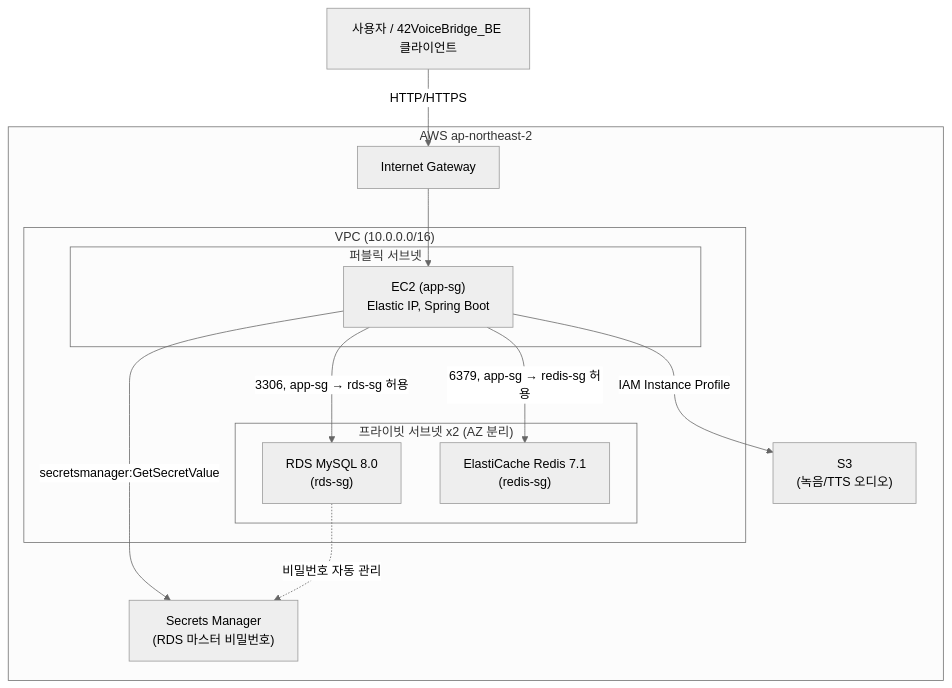
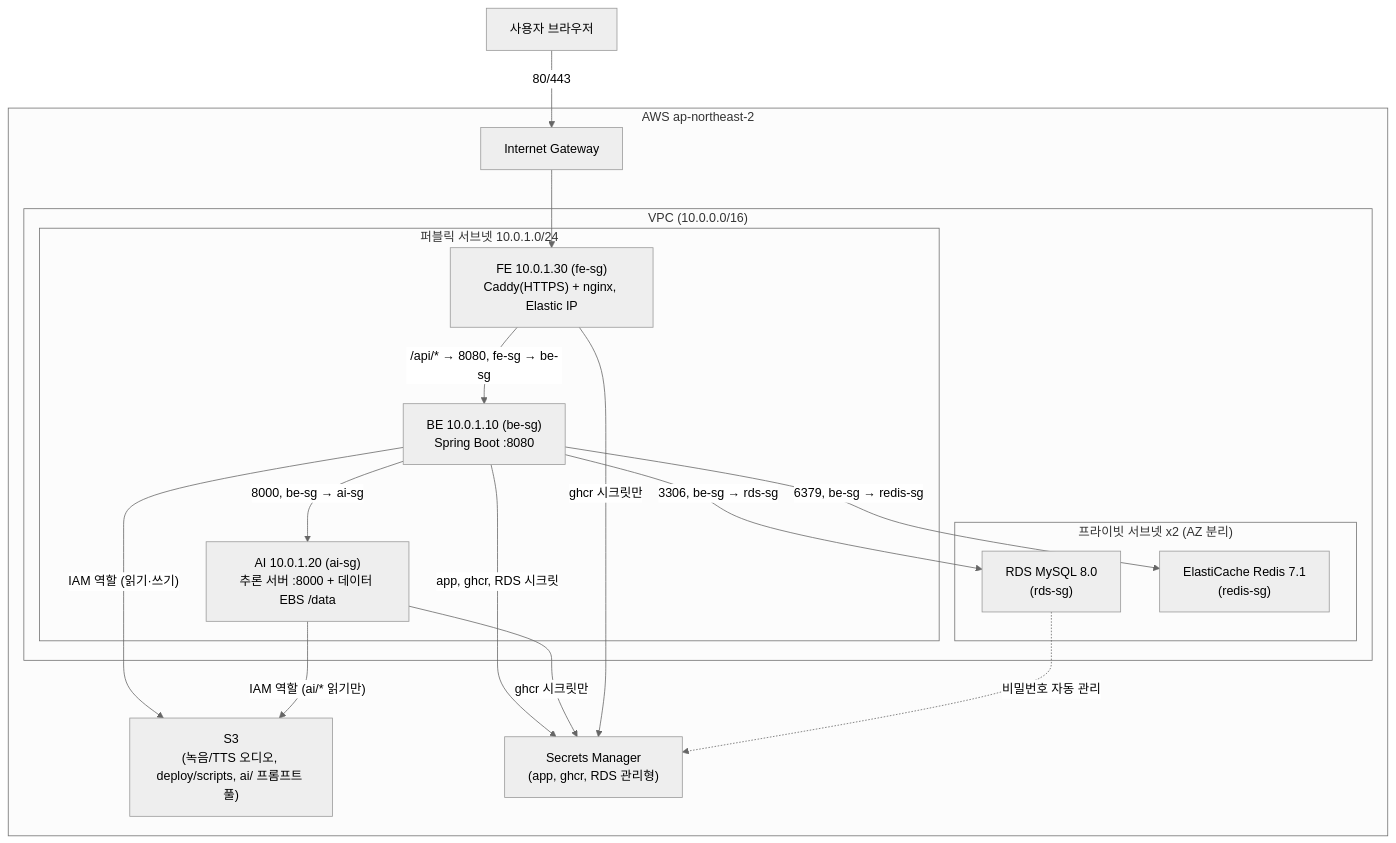
The first of 2 diagrams in README.md (42VoiceBridge/42VoiceBridge_Infra), drawn with Mermaid (neutral theme) before and after one commit. The commit also changed other lines of this file and 19 other files, not shown here.

First line of the commit message:
Document the three-instance setup, verification, data protection and follow-ups

````diff
--- a/README.md
+++ b/README.md
@@ -23,29 +26,36 @@
 ```mermaid
 graph TB
-    USER["사용자 / 42VoiceBridge_BE 클라이언트"]
+    USER["사용자 브라우저"]
 
     subgraph AWS["AWS ap-northeast-2"]
         IGW["Internet Gateway"]
 
         subgraph VPC["VPC (10.0.0.0/16)"]
-            subgraph PUB["퍼블릭 서브넷"]
-                EC2["EC2 (app-sg)<br/>Elastic IP, Spring Boot"]
+            subgraph PUB["퍼블릭 서브넷 10.0.1.0/24"]
+                FE["FE 10.0.1.30 (fe-sg)<br/>Caddy(HTTPS) + nginx, Elastic IP"]
+                BE["BE 10.0.1.10 (be-sg)<br/>Spring Boot :8080"]
+                AI["AI 10.0.1.20 (ai-sg)<br/>추론 서버 :8000 + 데이터 EBS /data"]
             end
 
             subgraph PRIV["프라이빗 서브넷 x2 (AZ 분리)"]
                 RDS["RDS MySQL 8.0<br/>(rds-sg)"]
                 REDIS["ElastiCache Redis 7.1<br/>(redis-sg)"]
             end
         end
 
-        S3["S3<br/>(녹음/TTS 오디오)"]
-        SM["Secrets Manager<br/>(RDS 마스터 비밀번호)"]
+        S3["S3<br/>(녹음/TTS 오디오, deploy/scripts, ai/ 프롬프트 풀)"]
+        SM["Secrets Manager<br/>(app, ghcr, RDS 관리형)"]
     end
 
-    USER -- "HTTP/HTTPS" --> IGW --> EC2
-    EC2 -- "3306, app-sg → rds-sg 허용" --> RDS
-    EC2 -- "6379, app-sg → redis-sg 허용" --> REDIS
-    EC2 -- "IAM Instance Profile" --> S3
-    EC2 -- "secretsmanager:GetSecretValue" --> SM
+    USER -- "80/443" --> IGW --> FE
+    FE -- "/api/* → 8080, fe-sg → be-sg" --> BE
+    BE -- "8000, be-sg → ai-sg" --> AI
+    BE -- "3306, be-sg → rds-sg" --> RDS
+    BE -- "6379, be-sg → redis-sg" --> REDIS
+    BE -- "IAM 역할 (읽기·쓰기)" --> S3
+    AI -- "IAM 역할 (ai/* 읽기만)" --> S3
+    BE -- "app, ghcr, RDS 시크릿" --> SM
+    AI -- "ghcr 시크릿만" --> SM
+    FE -- "ghcr 시크릿만" --> SM
     RDS -.비밀번호 자동 관리.-> SM
 ```
````
